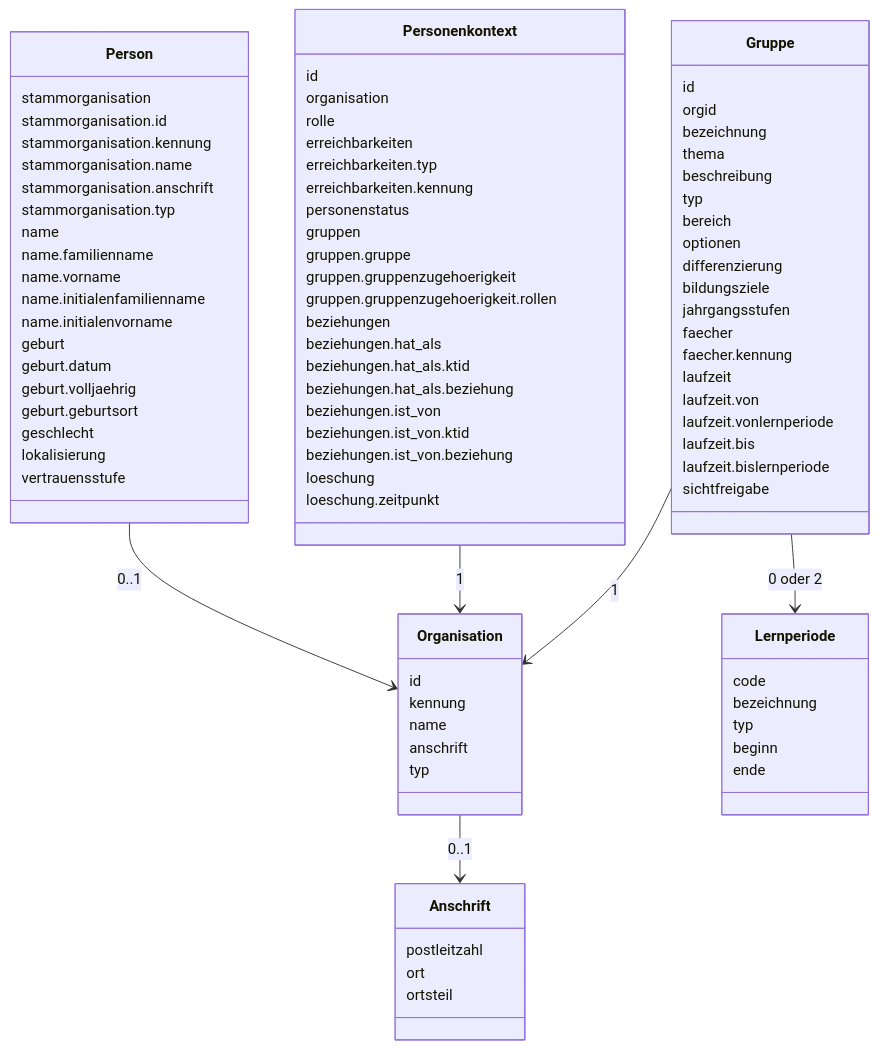
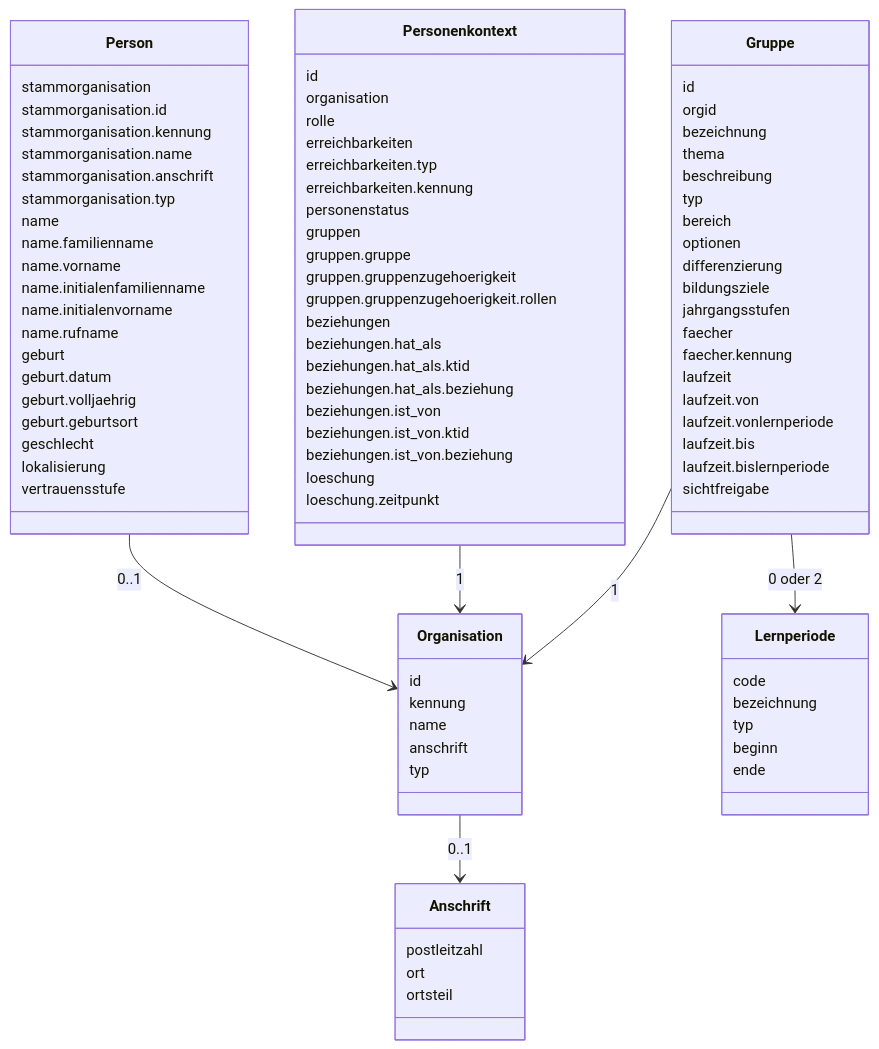
Before and after one commit to Schulconnex/Schulconnex: the diagram in docs/angepasstes-datenmodell/angepasstes-datenmodell.md, drawn with Mermaid. The commit also changed 1 other file, not shown here.

Commit message:
Rufname für Dienste
Rufname ins Datenmodell für Dienste eingefügt.

```diff
--- a/docs/angepasstes-datenmodell/angepasstes-datenmodell.md
+++ b/docs/angepasstes-datenmodell/angepasstes-datenmodell.md
@@ -45,6 +45,7 @@
     name.vorname
     name.initialenfamilienname
     name.initialenvorname
+    name.rufname
     geburt
     geburt.datum
     geburt.volljaehrig
```
